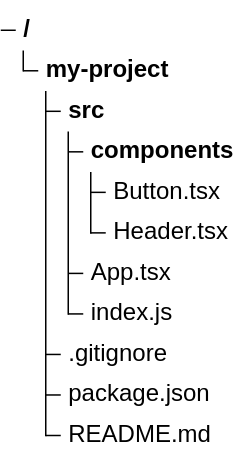
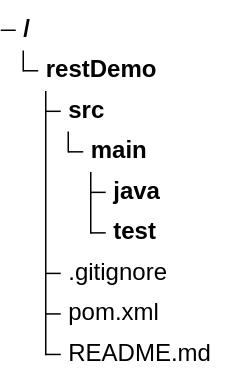
One commit to chanduujjina/Spring_Boot_Rest_AI changed the diagram in Read.md. Above: the diagram before and after it, drawn with Mermaid.

Commit message:
Revise project structure in Read.md
Updated project structure in Read.md to reflect new directories.

````diff
--- a/Read.md
+++ b/Read.md
@@ -1,13 +1,11 @@
 ```mermaid
 treeView-beta
-            my-project/
+            restDemo/
                 src/
-                    components/
-                        Button.tsx
-                        Header.tsx
-                    App.tsx
-                    index.js
+                    main/
+                          java/
+                          test/
                 .gitignore
-                package.json
+                pom.xml
                 README.md
 ```
````
